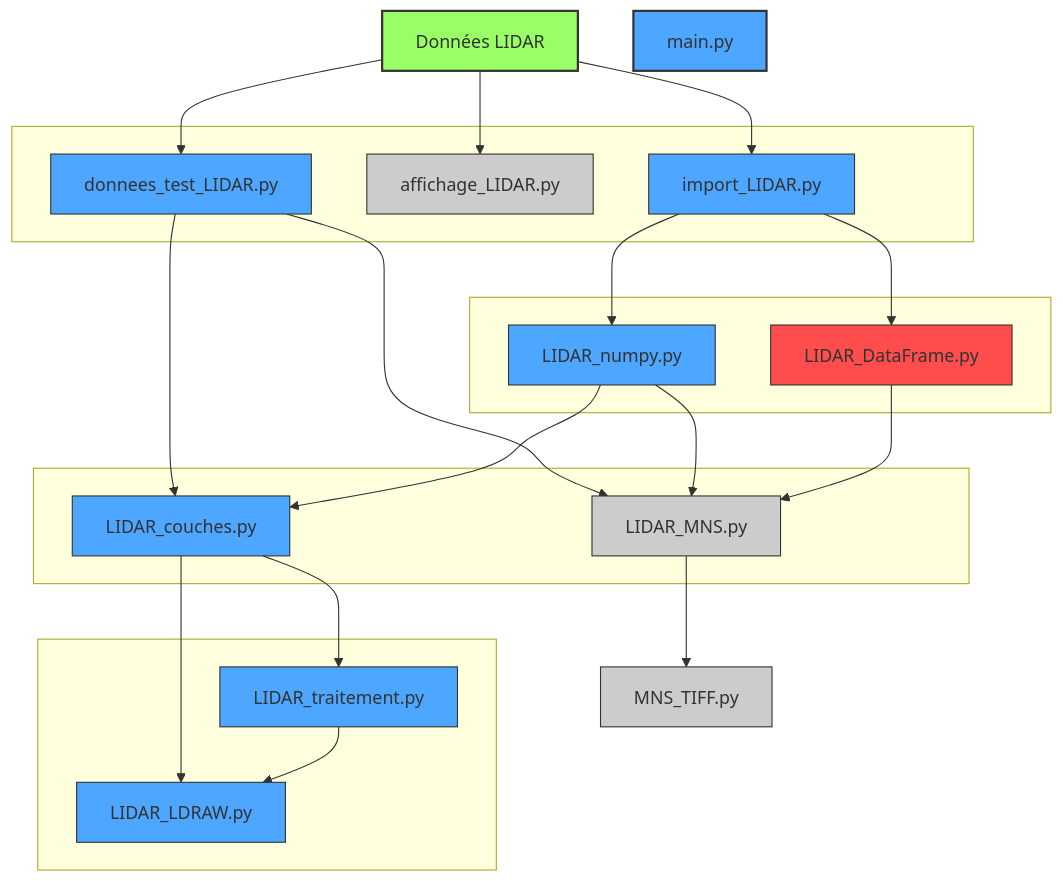
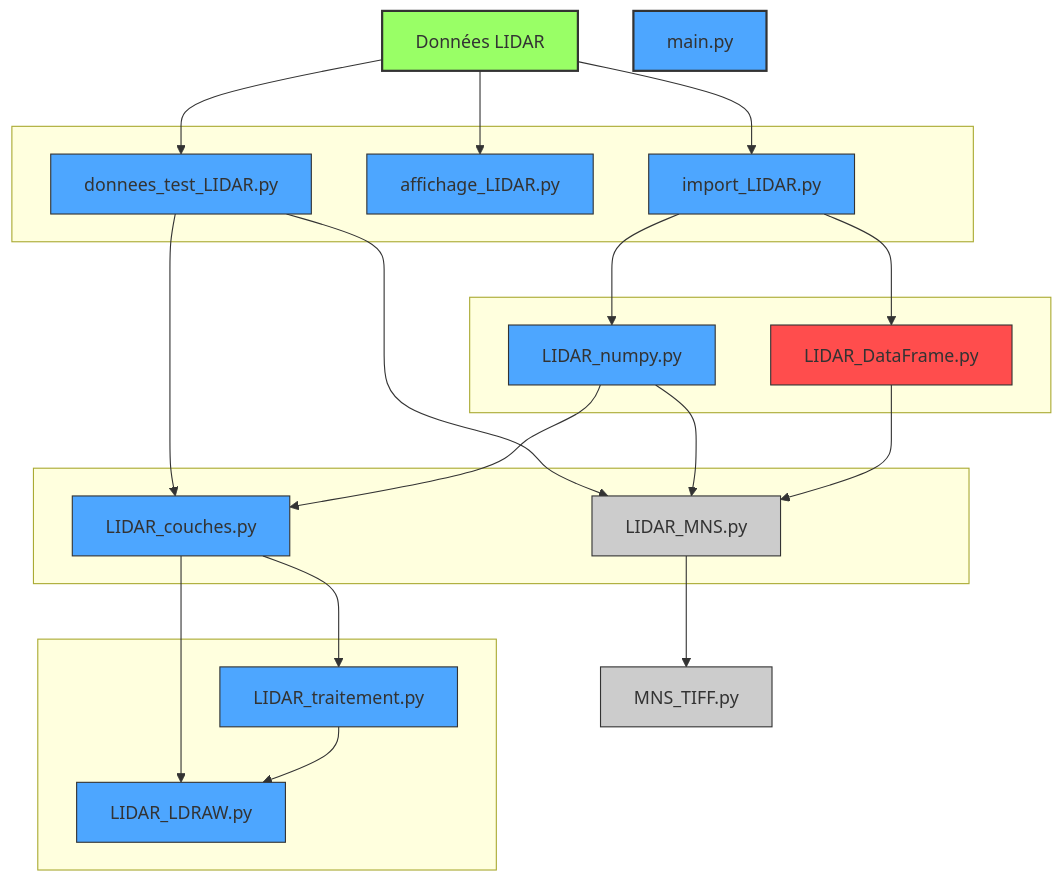
The diagram in Workflow.md (DanQue69/LEGO_Master), drawn with Mermaid before and after one commit.

Commit message:
Update color style for style C

````diff
--- a/Workflow.md
+++ b/Workflow.md
@@ -1,62 +1,62 @@
 ```mermaid 
 graph TD;
 
 A[Données LIDAR]
 
 subgraph L1[" "]
     B[donnees_test_LIDAR.py]
     C[affichage_LIDAR.py]
     D[import_LIDAR.py]
 end
 
 subgraph L2[" "]
     E[LIDAR_numpy.py]
     F[LIDAR_DataFrame.py]
 end
 
 subgraph L3[" "]
     G[LIDAR_MNS.py]
     I[LIDAR_couches.py]
 end
 
 subgraph L4[" "]
     J[LIDAR_LDRAW.py]
     K[LIDAR_traitement.py]
 end
 
 H[MNS_TIFF.py]
 M[main.py]
 
 A --> B
 A --> C
 A --> D
 D --> E
 D --> F
 B --> G
 E --> G
 F --> G
 B --> I
 E --> I
 I --> J
 I --> K
 K --> J
 G --> H
 
 
 %% Styles des couleurs
 style A fill:#9f6,stroke:#333,stroke-width:2px        
 style B fill:#4da6ff,stroke:#333,stroke-width:1px    
-style C fill:#ccc,stroke:#333,stroke-width:1px       
+style C fill:#4da6ff,stroke:#333,stroke-width:1px      
 style D fill:#4da6ff,stroke:#333,stroke-width:1px   
 style E fill:#4da6ff,stroke:#333,stroke-width:1px    
 style F fill:#ff4d4d,stroke:#333,stroke-width:1px    
 style G fill:#ccc,stroke:#333,stroke-width:1px       
 style H fill:#ccc,stroke:#333,stroke-width:1px       
 style I fill:#4da6ff,stroke:#333,stroke-width:1px   
 style J fill:#4da6ff,stroke:#333,stroke-width:1px   
 style K fill:#4da6ff,stroke:#333,stroke-width:1px    
 style M fill:#4da6ff,stroke:#333,stroke-width:2px    
 
 
     
 ```
````
